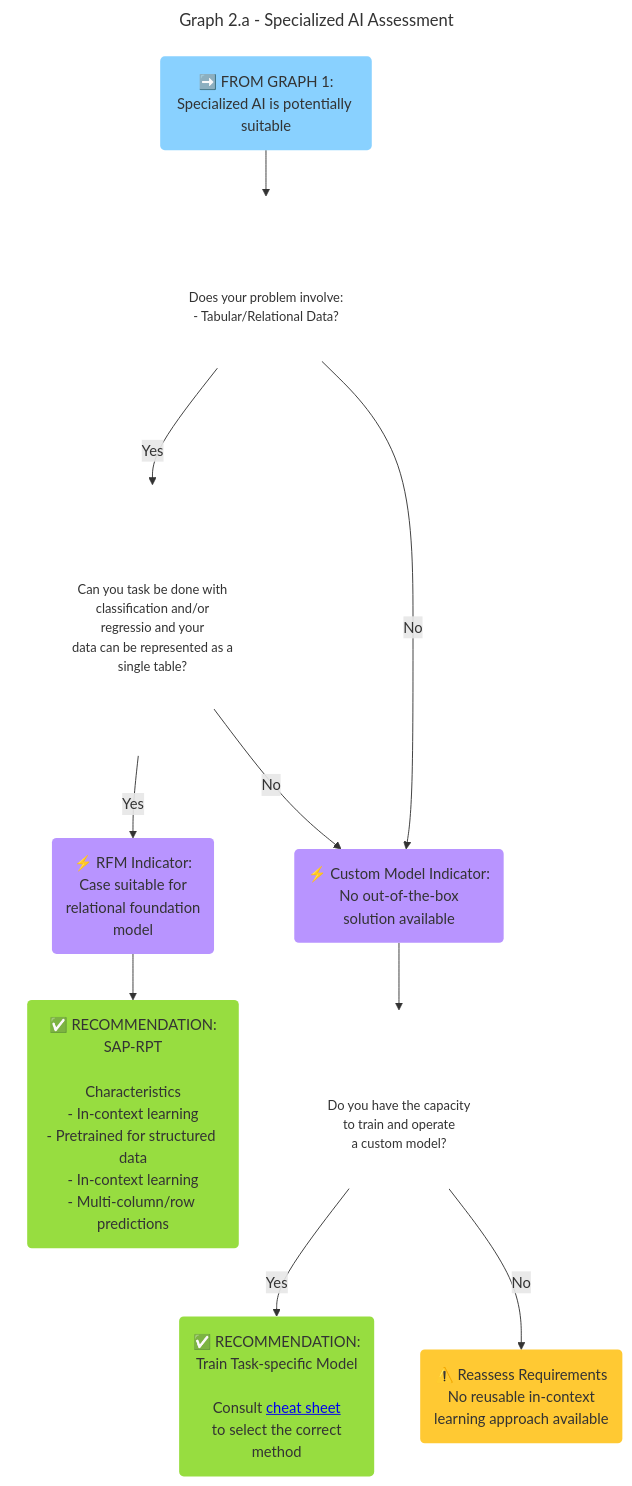
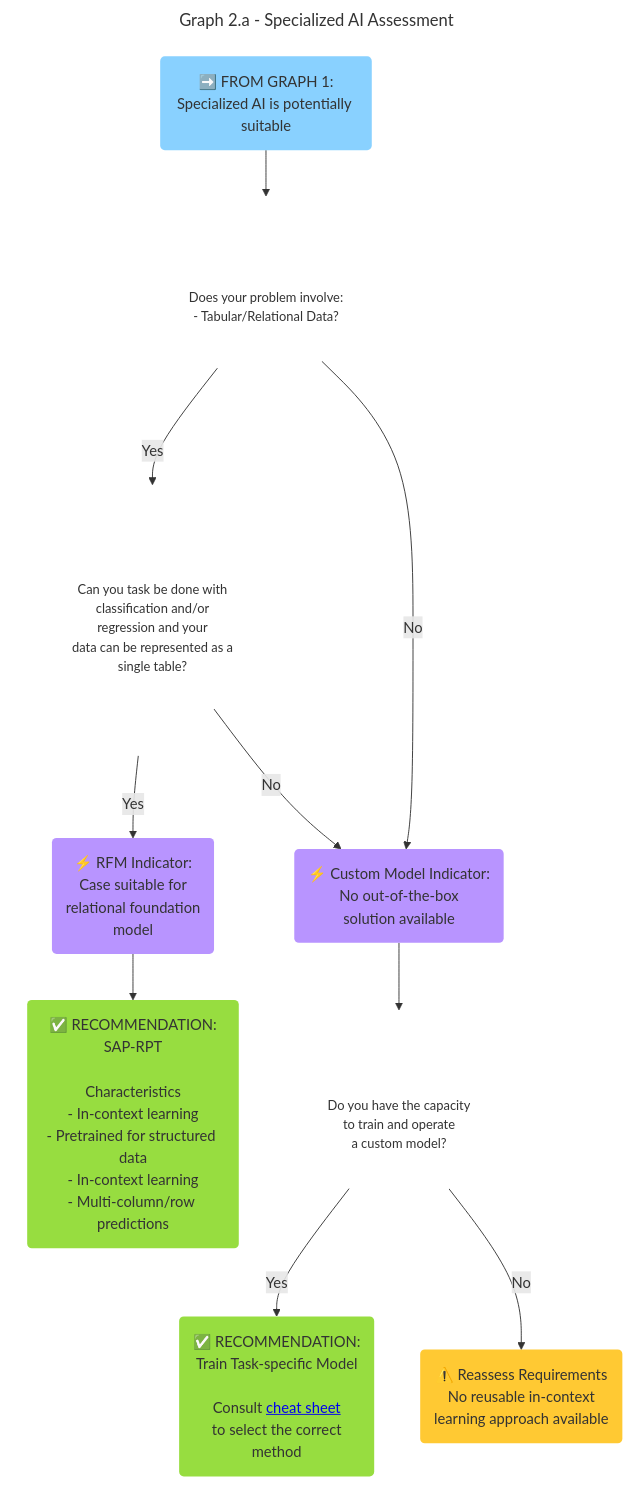
One commit to SAP/architecture-center changed the second of 5 diagrams in docs/golden-path/ai-golden-path/1-technology-overview/readme.md. Above: the diagram before and after it, drawn with Mermaid. The commit also changed other lines of this file and 7 other files, not shown here.

Commit message:
Fix Architecture Center publication checks

````diff
--- a/docs/golden-path/ai-golden-path/1-technology-overview/readme.md
+++ b/docs/golden-path/ai-golden-path/1-technology-overview/readme.md
@@ -241,38 +244,38 @@
 ```mermaid
 ---
 title: Graph 2.a - Specialized AI Assessment
 ---
 flowchart TD
     Start("➡️ FROM GRAPH 1:<br>Specialized AI is potentially suitable")
     Start --> Q1{"Does your problem involve:<br>- Tabular/Relational Data?"}
     Q1 -->|Yes|Q2
     Q1 -->|No|CustomModel
-    Q2{"Can you task be done with<br>classification and/or<br>regressio and your<br>data can be represented as a<br>single table?"}
+    Q2{"Can you task be done with<br>classification and/or<br>regression and your<br>data can be represented as a<br>single table?"}
     Q2 -->|Yes|RPT
     RPT("⚡ RFM Indicator:<br>Case suitable for<br>relational foundation<br>model")
     RPT --> R1
 
     Q2 -->|No|CustomModel
     CustomModel("⚡ Custom Model Indicator:<br>No out-of-the-box<br>solution available")
     Q3{"Do you have the capacity<br>to train and operate<br>a custom model?"}
     CustomModel --> Q3
     Q3 -->|Yes|R2
     Q3 -->|No|W1
     R1("✅ RECOMMENDATION:<br>SAP-RPT<br><br>Characteristics<br>- In-context learning<br>- Pretrained for structured data<br>- In-context learning<br>- Multi-column/row predictions")
     W1("⚠️️ Reassess Requirements<br>No reusable in-context<br>learning approach available")
     R2("✅ RECOMMENDATION:<br>Train Task-specific Model<br><br>Consult <a href='https://scikit-learn.org/stable/machine_learning_map.html'>cheat sheet</a>"<br>to select the correct<br>method)
 
     %% Styling
     classDef decision fill:#FFF,stroke:#757575,stroke-width:0px,font-size:14
     classDef warning fill:#FFC933,stroke:#f44336,stroke-width:0px
     classDef indicator fill:#B894FF,stroke:#d84315,stroke-width:0px,stroke-dasharray: 3 3
     classDef continueNext fill:#89D1FF,stroke:#0288d1,stroke-width:0px
     classDef startNode fill:#89D1FF,stroke:#0070F2,stroke-width:0px
     classDef recommendation fill:#97DD40,stroke:#0070F2,stroke-width:0px
 
     class Start startNode
     class R1,R2 recommendation
     class Q1,Q2,Q3 decision
     class W1 warning
     class CustomModel,RPT indicator
 ```
````
